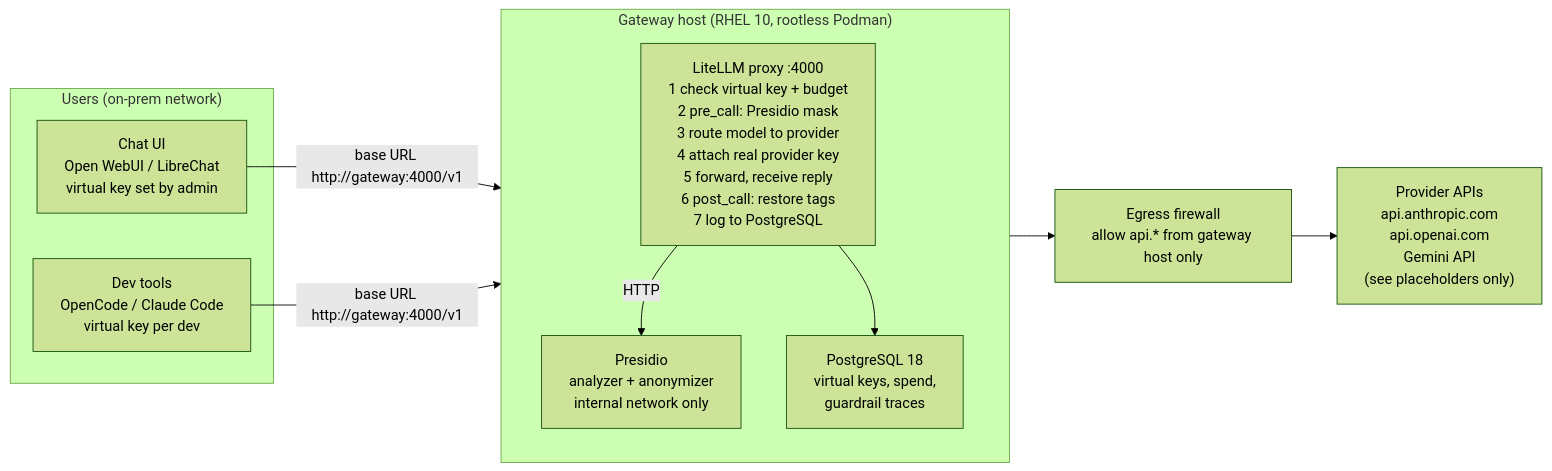
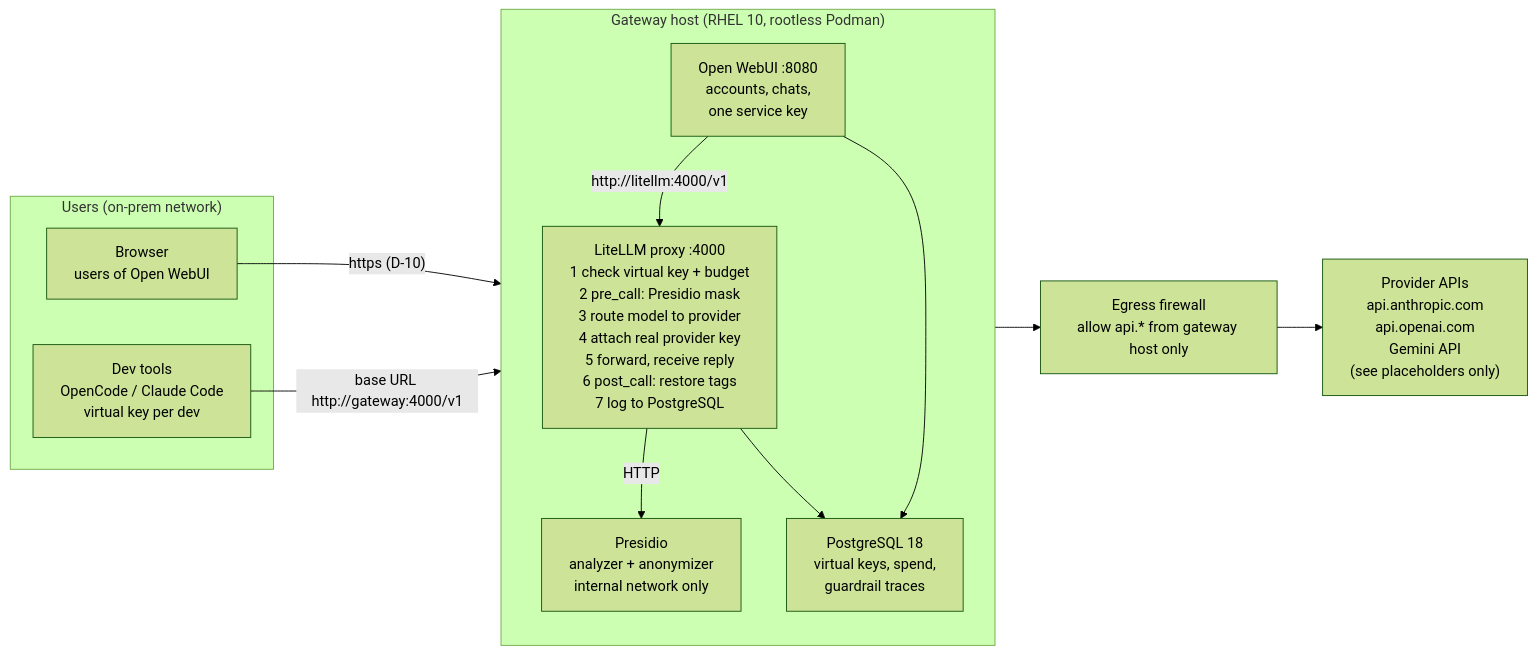
The diagram in README.md (nafud/litellm), drawn with Mermaid (forest theme) before and after one commit. The commit also changed other lines of this file and 10 other files, not shown here.

First line of the commit message:
Phase 8: Open WebUI unit, env example, image pin, helper scripts, LiteLLM user header mapping and 4 GiB ceiling, docs/07, D-32

````diff
--- a/README.md
+++ b/README.md
@@ -14,20 +14,23 @@
 ```mermaid
 flowchart LR
   subgraph clients["Users (on-prem network)"]
-    ui["Chat UI<br/>Open WebUI / LibreChat<br/>virtual key set by admin"]
+    ui["Browser<br/>users of Open WebUI"]
     dev["Dev tools<br/>OpenCode / Claude Code<br/>virtual key per dev"]
   end
   subgraph host["Gateway host (RHEL 10, rootless Podman)"]
     direction TB
+    owui["Open WebUI :8080<br/>accounts, chats,<br/>one service key"]
     litellm["LiteLLM proxy :4000<br/>1 check virtual key + budget<br/>2 pre_call: Presidio mask<br/>3 route model to provider<br/>4 attach real provider key<br/>5 forward, receive reply<br/>6 post_call: restore tags<br/>7 log to PostgreSQL"]
     presidio["Presidio<br/>analyzer + anonymizer<br/>internal network only"]
     pg["PostgreSQL 18<br/>virtual keys, spend,<br/>guardrail traces"]
     litellm -- HTTP --> presidio
     litellm --> pg
+    owui --> pg
+    owui -- "http://litellm:4000/v1" --> litellm
   end
   fw["Egress firewall<br/>allow api.* from gateway host only"]
   prov["Provider APIs<br/>api.anthropic.com<br/>api.openai.com<br/>Gemini API<br/>(see placeholders only)"]
-  ui -- "base URL http://gateway:4000/v1" --> litellm
+  ui -- "https (D-10)" --> owui
   dev -- "base URL http://gateway:4000/v1" --> litellm
   litellm --> fw --> prov
 ```
````
